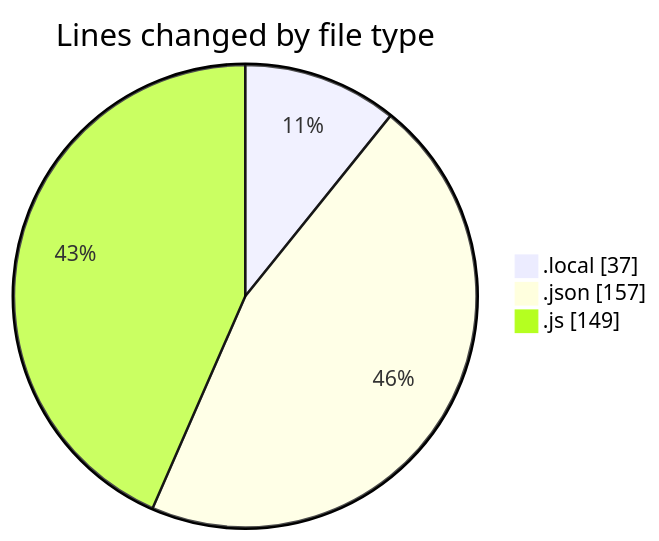
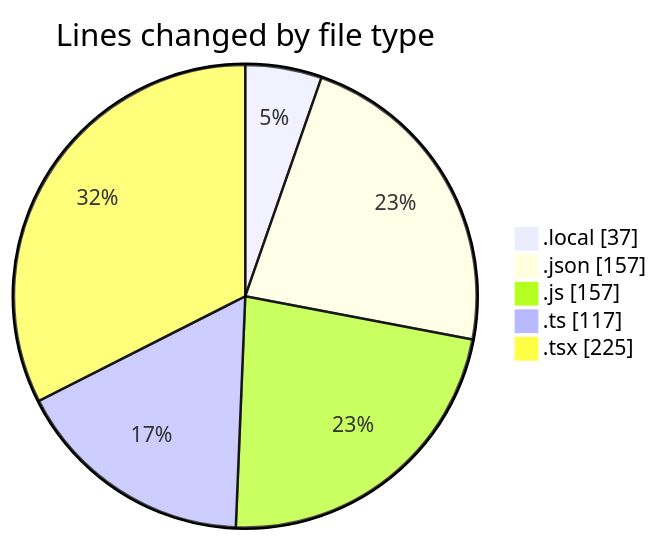
One commit to becaeroporto-bot/code-tracking changed the first of 2 diagrams in 2026-02-17/id_ia/README.md. Above: the diagram before and after it, drawn with Mermaid. The commit also changed other lines of this file and 1 other file, not shown here.

````diff
--- a/2026-02-17/id_ia/README.md
+++ b/2026-02-17/id_ia/README.md
@@ -25,7 +27,9 @@
 ```mermaid
 pie showData
 title Lines changed by file type
 ".local" : 37
 ".json" : 157
-".js" : 149
+".js" : 157
+".ts" : 117
+".tsx" : 225
 ```
````
